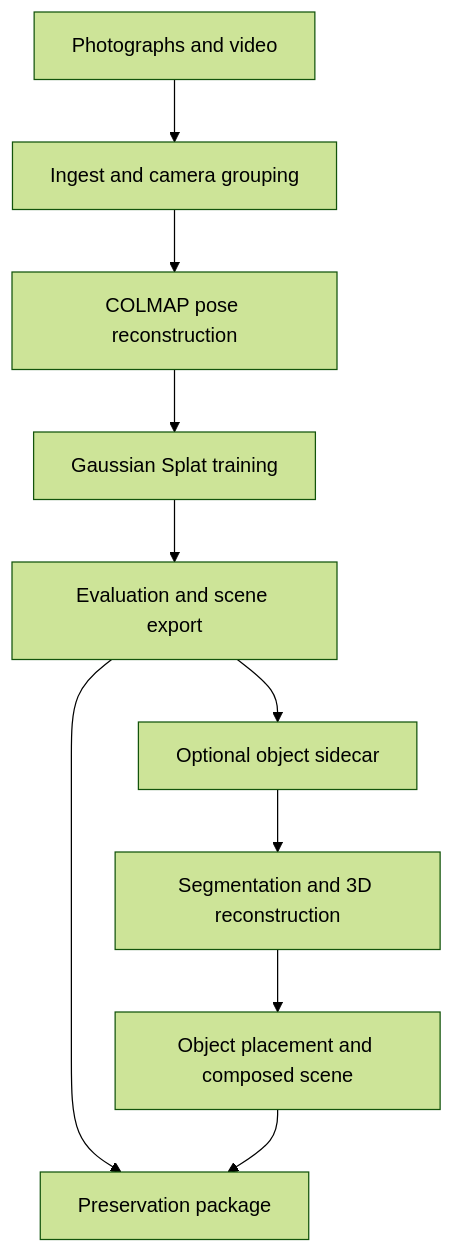
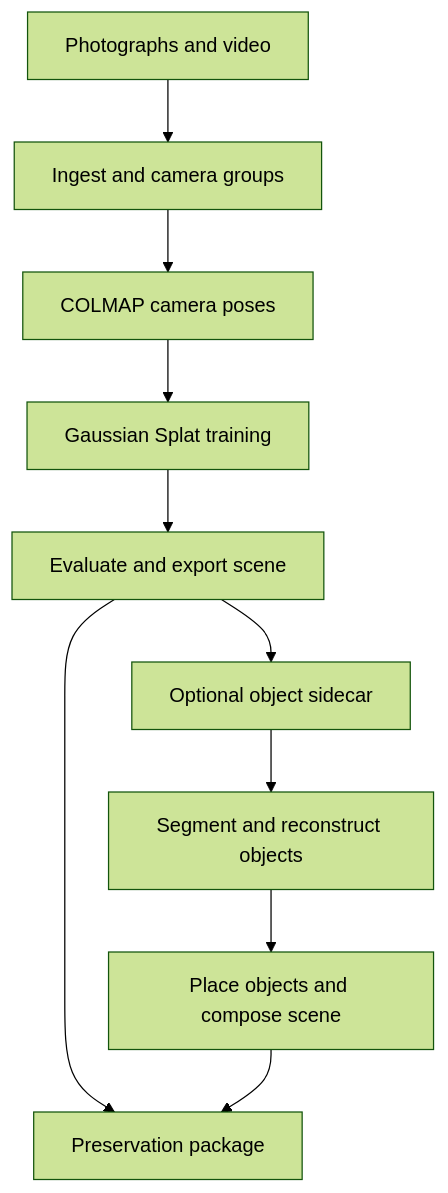
One commit to ArtechShadow/UOS-Vitrine changed the diagram in README.md. Above: the diagram before and after it, drawn with Mermaid (forest theme). The commit also changed other lines of this file, not shown here.

Commit message:
docs: fix workflow diagram and add reconstruction visuals

````diff
--- a/README.md
+++ b/README.md
@@ -114,12 +114,12 @@
 ```mermaid
-flowchart TD
-    A["Photographs and video"] --> B["Ingest and camera grouping"]
-    B --> C["COLMAP pose reconstruction"]
-    C --> D["Gaussian Splat training"]
-    D --> E["Evaluation and scene export"]
-    E --> F["Optional object sidecar"]
-    F --> G["Segmentation and 3D reconstruction"]
-    G --> H["Object placement and composed scene"]
-    E --> I["Preservation package"]
-    H --> I
+flowchart TB
+    capture["Photographs and video"] --> ingest["Ingest and camera groups"]
+    ingest --> poses["COLMAP camera poses"]
+    poses --> train["Gaussian Splat training"]
+    train --> scene["Evaluate and export scene"]
+    scene --> archive["Preservation package"]
+    scene --> sidecar["Optional object sidecar"]
+    sidecar --> objects["Segment and reconstruct objects"]
+    objects --> compose["Place objects and compose scene"]
+    compose --> archive
 ```
````
